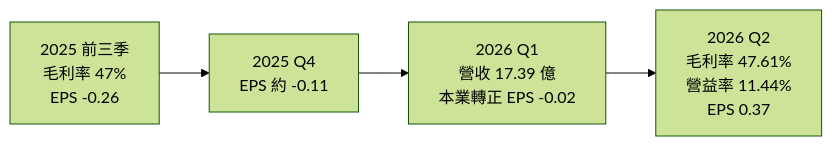
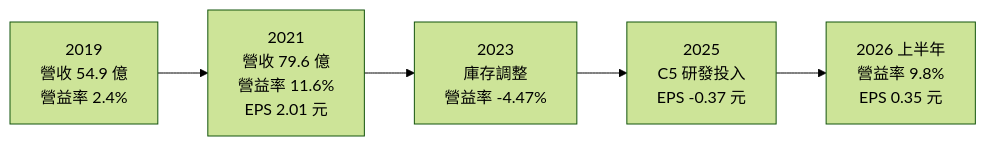
Before and after one commit to wangnick1004/taiwan-stock-vault: the third of 4 diagrams in 個股/台股/2401凌陽.md, drawn with Mermaid (forest theme). The commit also changed other lines of this file and 19 other files, not shown here.

````diff
--- a/個股/台股/2401凌陽.md
+++ b/個股/台股/2401凌陽.md
@@ -139,4 +147,4 @@
 ```mermaid
 flowchart LR
-    Q1["2025 前三季<br/>毛利率 47%<br/>EPS -0.26"] --> Q2["2025 Q4<br/>EPS 約 -0.11"] --> Q3["2026 Q1<br/>營收 17.39 億<br/>本業轉正 EPS -0.02"] --> Q4["2026 Q2<br/>毛利率 47.61%<br/>營益率 11.44%<br/>EPS 0.37"]
+    Y19["2019<br/>營收 54.9 億<br/>營益率 2.4%"] --> Y21["2021<br/>營收 79.6 億<br/>營益率 11.6%<br/>EPS 2.01 元"] --> Y23["2023<br/>庫存調整<br/>營益率 -4.47%"] --> Y25["2025<br/>C5 研發投入<br/>EPS -0.37 元"] --> H26["2026 上半年<br/>營益率 9.8%<br/>EPS 0.35 元"]
 ```
````
